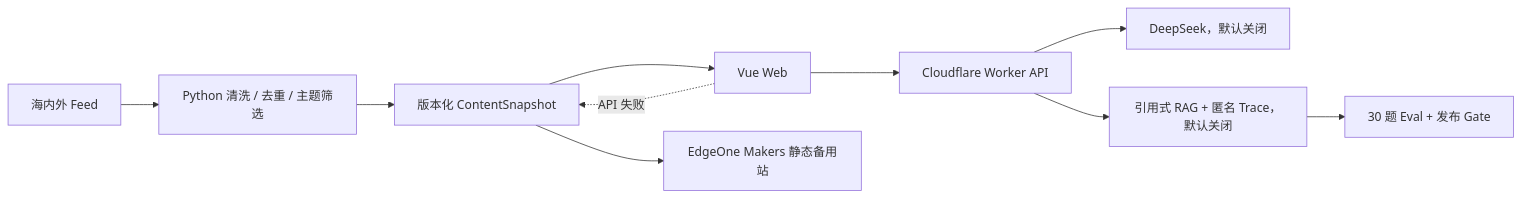
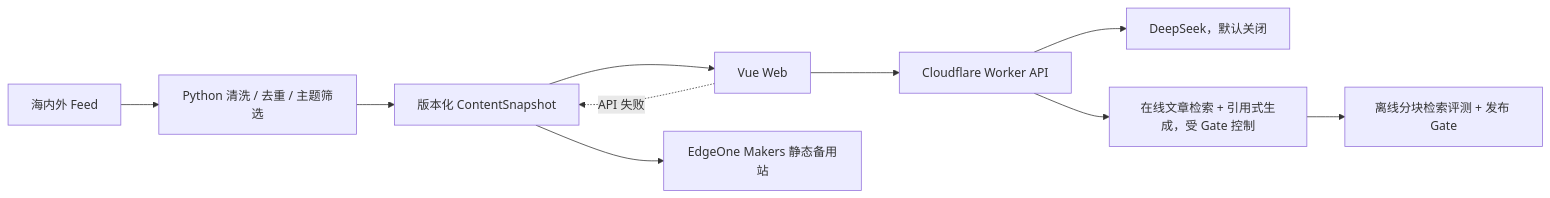
The diagram in README.md (Dyj0926D/newseviday), drawn with Mermaid before and after one commit. The commit also changed other lines of this file and 45 other files, not shown here.

Commit message:
feat: align public copy and architecture

````diff
--- a/README.md
+++ b/README.md
@@ -28,12 +28,12 @@
 ```mermaid
 flowchart LR
     Feed["海内外 Feed"] --> Py["Python 清洗 / 去重 / 主题筛选"]
     Py --> Snapshot["版本化 ContentSnapshot"]
     Snapshot --> Vue["Vue Web"]
     Vue --> Worker["Cloudflare Worker API"]
     Vue -. "API 失败" .-> Snapshot
     Worker --> DeepSeek["DeepSeek，默认关闭"]
-    Worker --> RAG["引用式 RAG + 匿名 Trace，默认关闭"]
-    RAG --> Eval["30 题 Eval + 发布 Gate"]
+    Worker --> RAG["在线文章检索 + 引用式生成，受 Gate 控制"]
+    RAG --> Eval["离线分块检索评测 + 发布 Gate"]
     Snapshot --> EdgeOne["EdgeOne Makers 静态备用站"]
 ```
````
